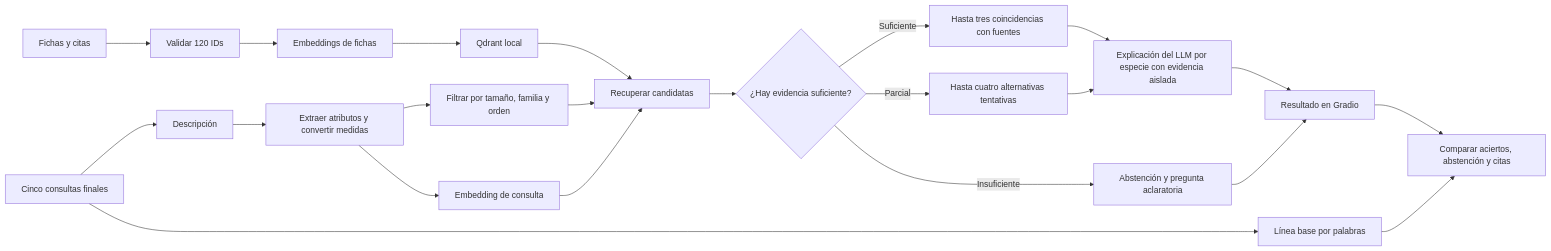
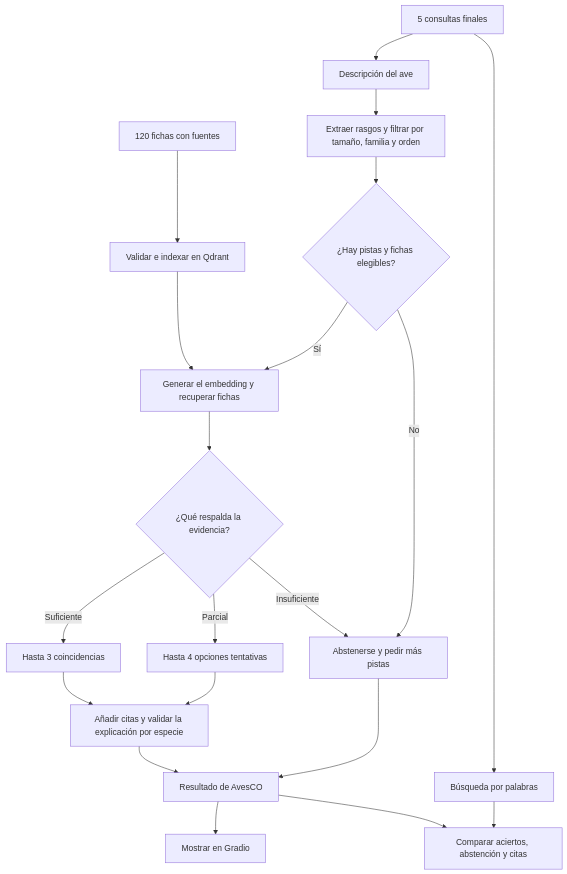
One commit to JulianJ07/RAG_Detector_Ave changed the first of 2 diagrams in README.md. Above: the diagram before and after it, drawn with Mermaid. The commit also changed other lines of this file, not shown here.

Commit message:
Update methodological flow and interaction diagram

````diff
--- a/README.md
+++ b/README.md
@@ -45,24 +45,26 @@
 ```mermaid
-flowchart LR
-    A["Fichas y citas"] --> B["Validar 120 IDs"]
-    B --> C["Embeddings de fichas"]
-    C --> D["Qdrant local"]
-    U["Descripción"] --> E["Extraer atributos y convertir medidas"]
-    E --> F["Filtrar por tamaño, familia y orden"]
-    E --> Q["Embedding de consulta"]
-    F --> G["Recuperar candidatas"]
-    Q --> G
-    D --> G
-    G --> H{"¿Hay evidencia suficiente?"}
-    H -->|Suficiente| I["Hasta tres coincidencias con fuentes"]
-    H -->|Parcial| T["Hasta cuatro alternativas tentativas"]
-    H -->|Insuficiente| J["Abstención y pregunta aclaratoria"]
-    I --> X["Explicación del LLM por especie con evidencia aislada"]
-    T --> X
-    X --> V["Resultado en Gradio"]
-    J --> V
-    K["Cinco consultas finales"] --> U
-    K --> L["Línea base por palabras"]
-    V --> R["Comparar aciertos, abstención y citas"]
-    L --> R
+flowchart TD
+    fichas["120 fichas con fuentes"] --> indice["Validar e indexar en Qdrant"]
+    consulta["Descripción del ave"] --> filtros["Extraer rasgos y filtrar por tamaño, familia y orden"]
+    filtros --> elegibles{"¿Hay pistas y fichas elegibles?"}
+
+    elegibles -->|Sí| buscar["Generar el embedding y recuperar fichas"]
+    indice --> buscar
+    buscar --> evidencia{"¿Qué respalda la evidencia?"}
+
+    evidencia -->|Suficiente| coincidencias["Hasta 3 coincidencias"]
+    evidencia -->|Parcial| tentativas["Hasta 4 opciones tentativas"]
+    coincidencias --> respuesta["Añadir citas y validar la explicación por especie"]
+    tentativas --> respuesta
+
+    elegibles -->|No| abstencion["Abstenerse y pedir más pistas"]
+    evidencia -->|Insuficiente| abstencion
+    respuesta --> salida["Resultado de AvesCO"]
+    abstencion --> salida
+    salida --> interfaz["Mostrar en Gradio"]
+
+    casos["5 consultas finales"] --> consulta
+    casos --> base["Búsqueda por palabras"]
+    base --> evaluacion["Comparar aciertos, abstención y citas"]
+    salida --> evaluacion
 ```
````
